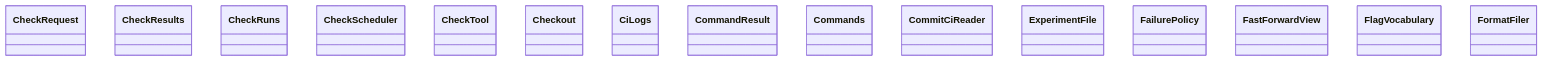
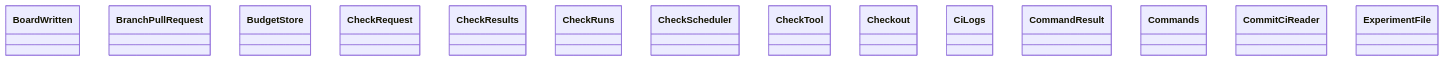
Before and after one commit to GonzaloZevallos/agentic-system: the diagram in docs/architecture/generated/classes-process-application-support-2.md, drawn with Mermaid. The commit also changed other lines of this file and 20 other files, not shown here.

Commit message:
Regenerate the architecture docs for the notifier ports and FilesystemNotified

````diff
--- a/docs/architecture/generated/classes-process-application-support-2.md
+++ b/docs/architecture/generated/classes-process-application-support-2.md
@@ -20,18 +21,17 @@
 ```mermaid
 classDiagram
+    class ports__BoardWritten["BoardWritten"]
+    class ports__BranchPullRequest["BranchPullRequest"]
+    class ports__BudgetStore["BudgetStore"]
     class ports__CheckRequest["CheckRequest"]
     class ports__CheckResults["CheckResults"]
     class ports__CheckRuns["CheckRuns"]
     class ports__CheckScheduler["CheckScheduler"]
     class ports__CheckTool["CheckTool"]
     class ports__Checkout["Checkout"]
     class ports__CiLogs["CiLogs"]
     class ports__CommandResult["CommandResult"]
     class ports__Commands["Commands"]
     class ports__CommitCiReader["CommitCiReader"]
     class ports__ExperimentFile["ExperimentFile"]
-    class ports__FailurePolicy["FailurePolicy"]
-    class ports__FastForwardView["FastForwardView"]
-    class ports__FlagVocabulary["FlagVocabulary"]
-    class ports__FormatFiler["FormatFiler"]
 ```
````
